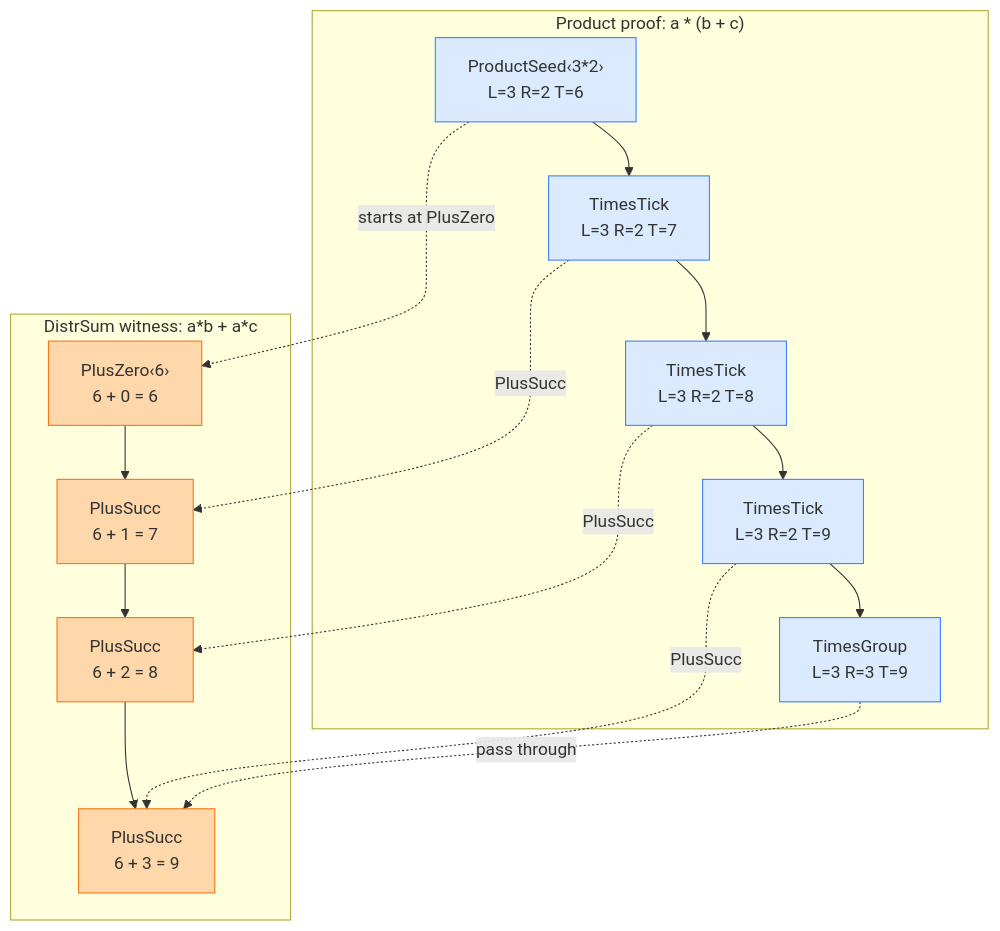
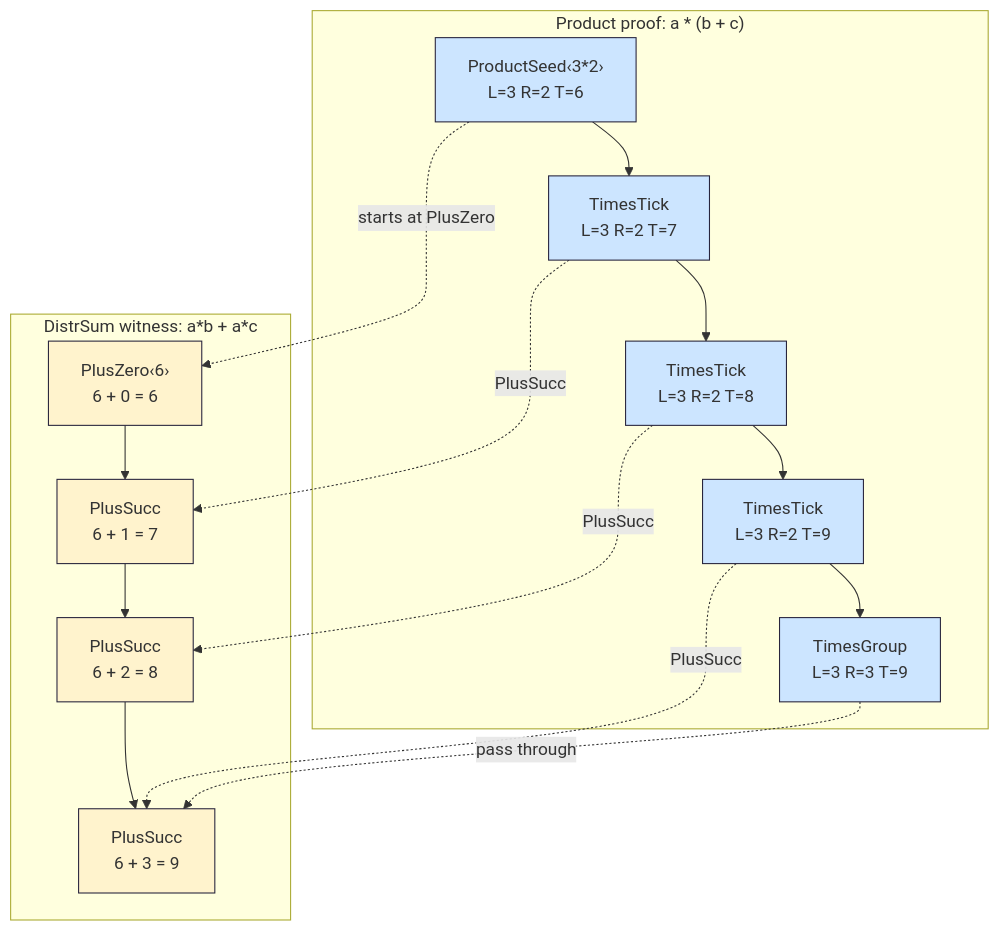
The diagram in tutorial/diagrams/distributivity-tracking.mmd (jakebromberg/misuse-of-notation), drawn with Mermaid before and after one commit. The commit also changed 11 other files, not shown here.

Commit message:
Style diagrams to match reference: drop shadows, white fills, dark strokes

```diff
--- a/tutorial/diagrams/distributivity-tracking.mmd
+++ b/tutorial/diagrams/distributivity-tracking.mmd
@@ -1,33 +1,33 @@
 flowchart TB
     subgraph Product ["Product proof: a * (b + c)"]
         PS["ProductSeed‹3*2›\nL=3 R=2 T=6"]
         T1["TimesTick\nL=3 R=2 T=7"]
         T2["TimesTick\nL=3 R=2 T=8"]
         T3["TimesTick\nL=3 R=2 T=9"]
         G["TimesGroup\nL=3 R=3 T=9"]
         PS --> T1 --> T2 --> T3 --> G
     end
 
     subgraph Sum ["DistrSum witness: a*b + a*c"]
         D0["PlusZero‹6›\n6 + 0 = 6"]
         D1["PlusSucc\n6 + 1 = 7"]
         D2["PlusSucc\n6 + 2 = 8"]
         D3["PlusSucc\n6 + 3 = 9"]
         D0 --> D1 --> D2 --> D3
     end
 
     PS -. "starts at PlusZero" .-> D0
     T1 -. "PlusSucc" .-> D1
     T2 -. "PlusSucc" .-> D2
     T3 -. "PlusSucc" .-> D3
     G -. "pass through" .-> D3
 
-    style PS fill:#dbeafe,stroke:#3b82f6
-    style T1 fill:#dbeafe,stroke:#3b82f6
-    style T2 fill:#dbeafe,stroke:#3b82f6
-    style T3 fill:#dbeafe,stroke:#3b82f6
-    style G fill:#dbeafe,stroke:#3b82f6
-    style D0 fill:#fed7aa,stroke:#f97316
-    style D1 fill:#fed7aa,stroke:#f97316
-    style D2 fill:#fed7aa,stroke:#f97316
-    style D3 fill:#fed7aa,stroke:#f97316
+    style PS fill:#cce5ff,stroke:#28253D
+    style T1 fill:#cce5ff,stroke:#28253D
+    style T2 fill:#cce5ff,stroke:#28253D
+    style T3 fill:#cce5ff,stroke:#28253D
+    style G fill:#cce5ff,stroke:#28253D
+    style D0 fill:#fff3cd,stroke:#28253D
+    style D1 fill:#fff3cd,stroke:#28253D
+    style D2 fill:#fff3cd,stroke:#28253D
+    style D3 fill:#fff3cd,stroke:#28253D
```
